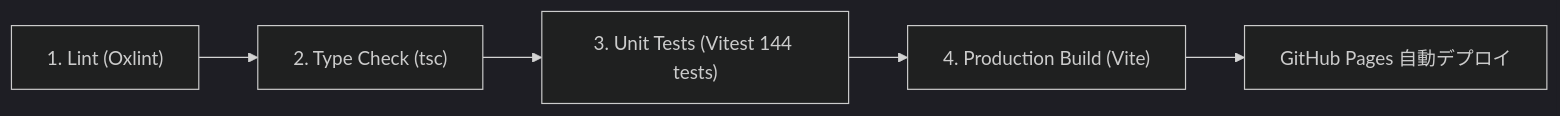
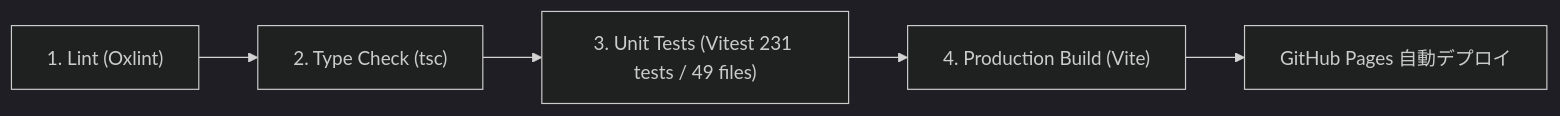
One commit to sabamiso-lab/ai-conversation-coach changed the fourth of 4 diagrams in docs/ARCHITECTURE.md. Above: the diagram before and after it, drawn with Mermaid (dark theme). The commit also changed other lines of this file and 16 other files, not shown here.

````diff
--- a/docs/ARCHITECTURE.md
+++ b/docs/ARCHITECTURE.md
@@ -221,7 +231,7 @@
 ```mermaid
 flowchart LR
     Lint["1. Lint (Oxlint)"] --> TypeCheck["2. Type Check (tsc)"]
-    TypeCheck --> UnitTests["3. Unit Tests (Vitest 144 tests)"]
+    TypeCheck --> UnitTests["3. Unit Tests (Vitest 231 tests / 49 files)"]
     UnitTests --> Build["4. Production Build (Vite)"]
     Build --> Deploy["GitHub Pages 自動デプロイ"]
 ```
````
